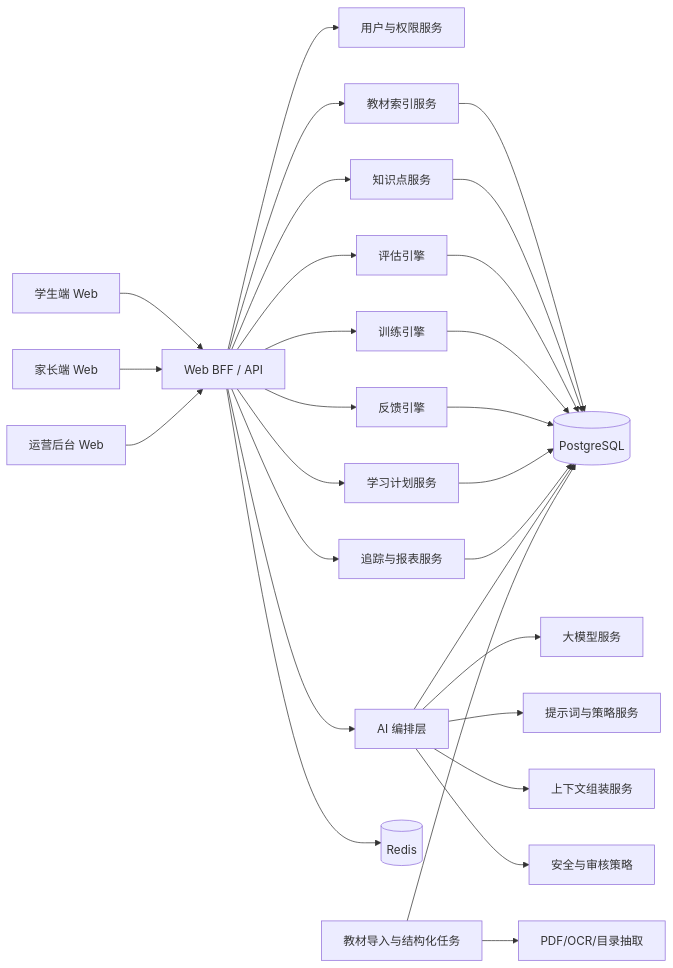
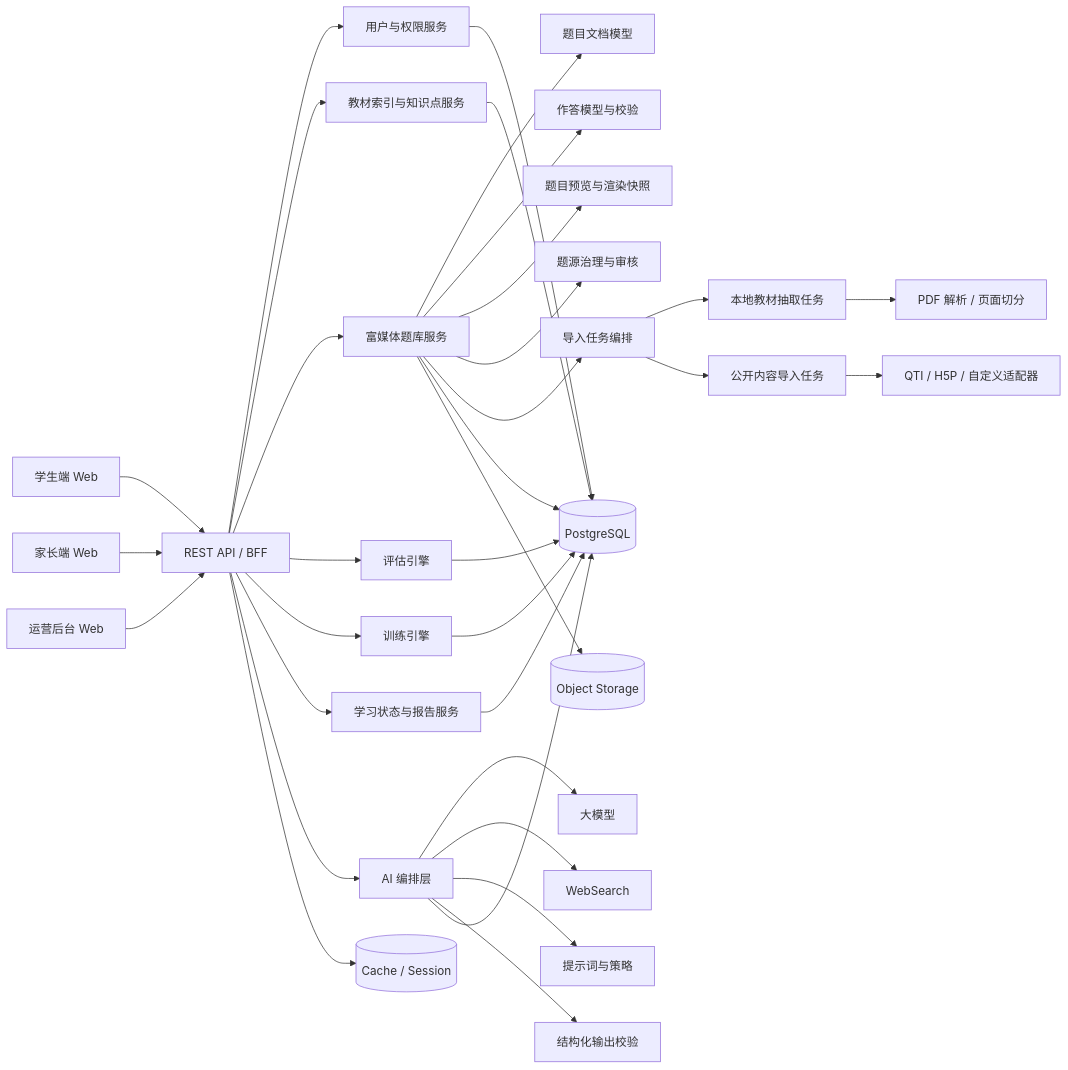
Before and after one commit to angelash/StudyAgent: the first of 3 diagrams in doc/2026-小学学习闭环系统-Web详细设计.md, drawn with Mermaid. The commit also changed other lines of this file and 8 other files, not shown here.

````diff
--- a/doc/2026-小学学习闭环系统-Web详细设计.md
+++ b/doc/2026-小学学习闭环系统-Web详细设计.md
@@ -53,34 +48,41 @@
 ```mermaid
 flowchart LR
-    A[学生端 Web] --> B[Web BFF / API]
+    A[学生端 Web] --> B[REST API / BFF]
     C[家长端 Web] --> B
     D[运营后台 Web] --> B
 
     B --> E[用户与权限服务]
-    B --> F[教材索引服务]
-    B --> G[知识点服务]
+    B --> F[教材索引与知识点服务]
+    B --> G[富媒体题库服务]
     B --> H[评估引擎]
     B --> I[训练引擎]
-    B --> J[反馈引擎]
-    B --> K[学习计划服务]
-    B --> L[追踪与报表服务]
-    B --> M[AI 编排层]
+    B --> J[学习状态与报告服务]
+    B --> K[AI 编排层]
 
-    M --> N[大模型服务]
-    M --> O[提示词与策略服务]
-    M --> P[上下文组装服务]
-    M --> Q[安全与审核策略]
+    G --> G1[题目文档模型]
+    G --> G2[作答模型与校验]
+    G --> G3[题目预览与渲染快照]
+    G --> G4[题源治理与审核]
+    G --> G5[导入任务编排]
 
-    F --> R[(PostgreSQL)]
-    G --> R
-    H --> R
-    I --> R
-    J --> R
-    K --> R
-    L --> R
-    M --> R
+    G5 --> L[本地教材抽取任务]
+    G5 --> M[公开内容导入任务]
+    L --> N[PDF 解析 / 页面切分]
+    M --> O[QTI / H5P / 自定义适配器]
 
-    B --> S[(Redis)]
-    T[教材导入与结构化任务] --> R
-    T --> U[PDF/OCR/目录抽取]
+    K --> P[大模型]
+    K --> Q[WebSearch]
+    K --> R[提示词与策略]
+    K --> S[结构化输出校验]
+
+    E --> T[(PostgreSQL)]
+    F --> T
+    G --> T
+    H --> T
+    I --> T
+    J --> T
+    K --> T
+
+    G --> U[(Object Storage)]
+    B --> V[(Cache / Session)]
 ```
````
